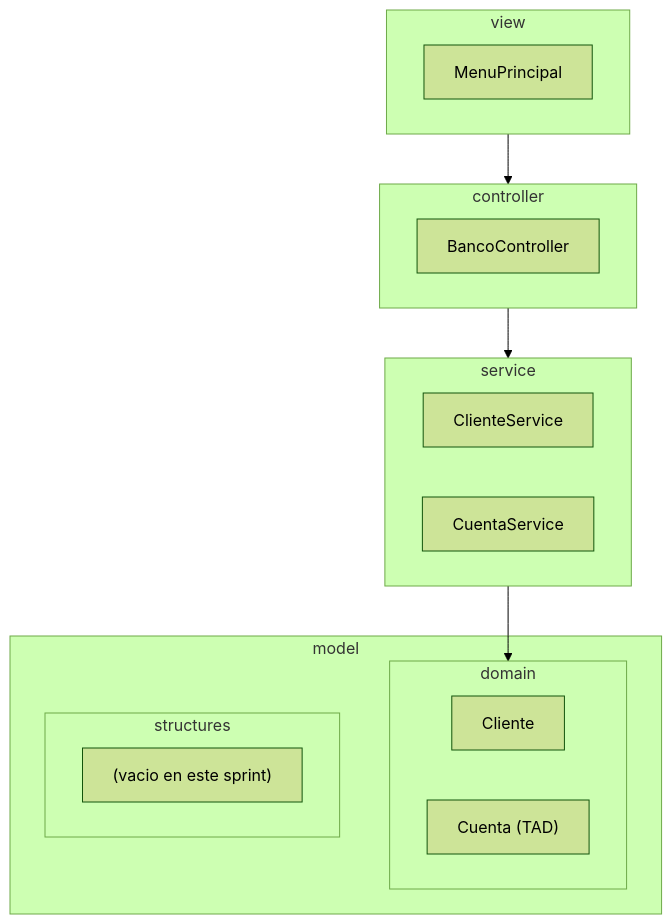
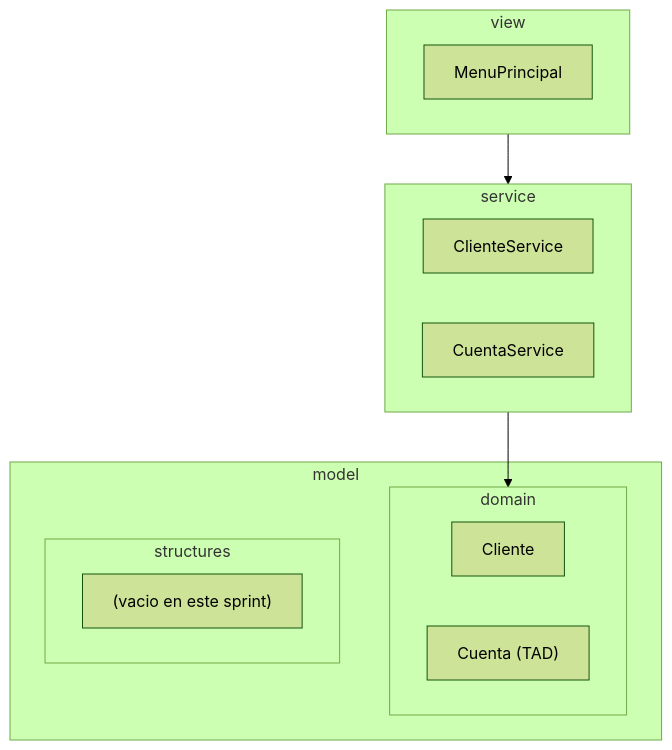
One commit to santiagoSuarez219/nodo-edu changed the first of 2 diagrams in content/cursos/estructuras-de-datos/apuntes/lab-m1-diseno-oo-completo.md. Above: the diagram before and after it, drawn with Mermaid (forest theme). The commit also changed other lines of this file and 19 other files, not shown here.

First line of the commit message:
refactor(estructuras-de-datos): simplify project architecture from four layers to three

````diff
--- a/content/cursos/estructuras-de-datos/apuntes/lab-m1-diseno-oo-completo.md
+++ b/content/cursos/estructuras-de-datos/apuntes/lab-m1-diseno-oo-completo.md
@@ -24,25 +24,21 @@
 ```mermaid
 flowchart TB
   subgraph View["view"]
     MenuPrincipal["MenuPrincipal"]
-  end
-  subgraph Controller["controller"]
-    BancoController["BancoController"]
   end
   subgraph Service["service"]
     ClienteService["ClienteService"]
     CuentaService["CuentaService"]
   end
   subgraph Model["model"]
     subgraph Domain["domain"]
       Cliente["Cliente"]
       Cuenta["Cuenta (TAD)"]
     end
     subgraph Structures["structures"]
       Vacio["(vacio en este sprint)"]
     end
   end
-  View --> Controller
-  Controller --> Service
+  View --> Service
   Service --> Domain
 ```
````
